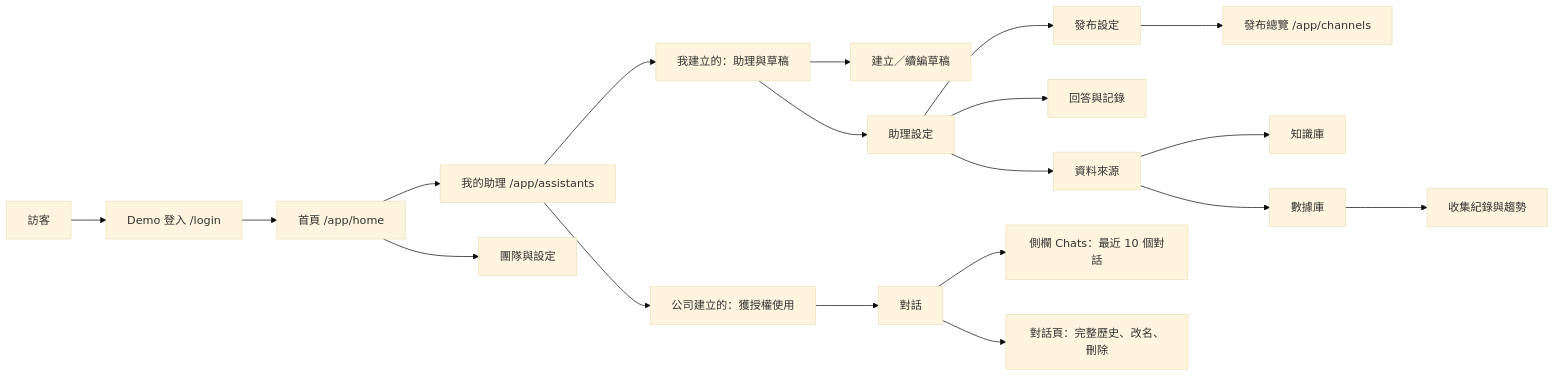
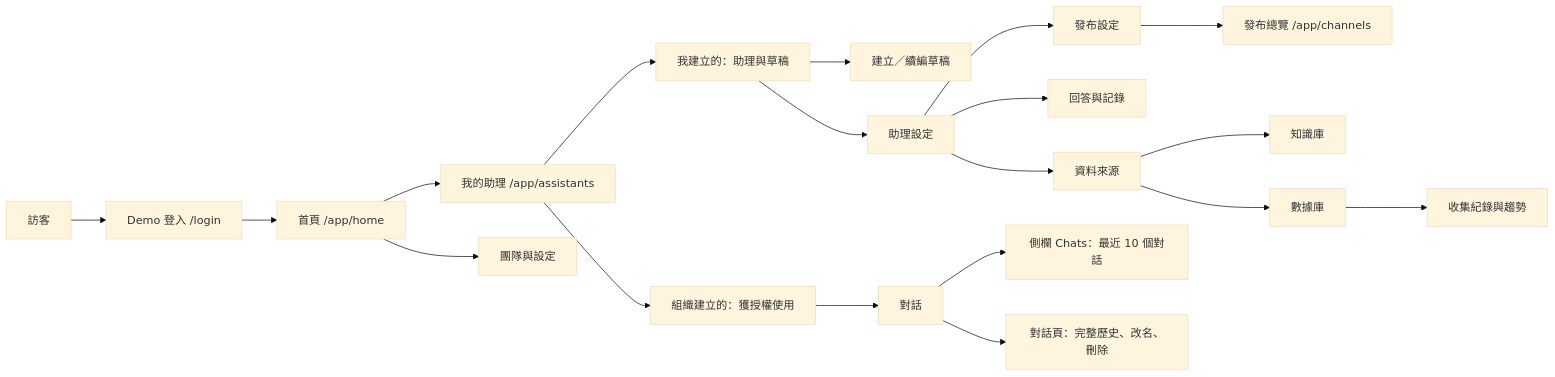
The diagram in docs/functional-map.md (FangjieHung/smart-agri), drawn with Mermaid (base theme) before and after one commit. The commit also changed other lines of this file and 29 other files, not shown here.

````diff
--- a/docs/functional-map.md
+++ b/docs/functional-map.md
@@ -5,21 +5,21 @@
 ```mermaid
 flowchart LR
   Visitor[訪客] --> Login[Demo 登入 /login]
   Login --> Home[首頁 /app/home]
   Home --> Assistants[我的助理 /app/assistants]
   Assistants --> Mine[我建立的：助理與草稿]
-  Assistants --> Org[公司建立的：獲授權使用]
+  Assistants --> Org[組織建立的：獲授權使用]
   Mine --> Wizard[建立／續編草稿]
   Mine --> Detail[助理設定]
   Org --> Chat[對話]
   Detail --> Sources[資料來源]
   Detail --> Rules[回答與記錄]
   Detail --> Publish[發布設定]
   Publish --> Channels[發布總覽 /app/channels]
   Sources --> Knowledge[知識庫]
   Sources --> Databases[數據庫]
   Chat --> Recent[側欄 Chats：最近 10 個對話]
   Chat --> Full[對話頁：完整歷史、改名、刪除]
   Databases --> Records[收集紀錄與趨勢]
   Home --> Settings[團隊與設定]
 ```
````
